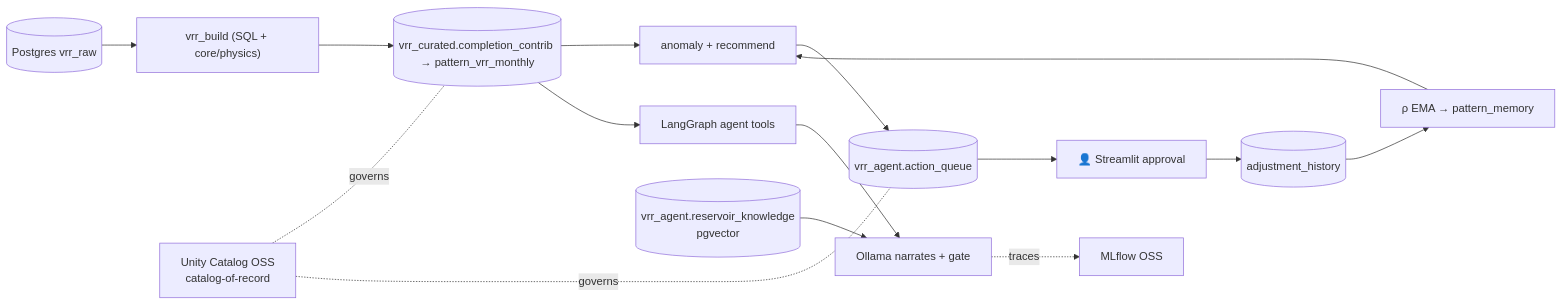
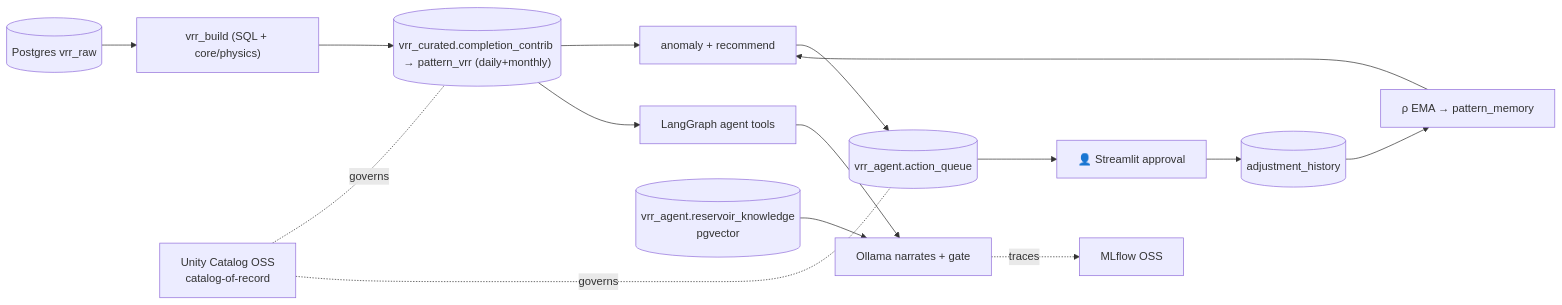
The first of 2 diagrams in docs/design.md (vamshi455/vrr-agent-open), drawn with Mermaid before and after one commit. The commit also changed other lines of this file and 15 other files, not shown here.

````diff
--- a/docs/design.md
+++ b/docs/design.md
@@ -61,12 +63,12 @@
 ```mermaid
 flowchart LR
     RAW[("Postgres vrr_raw")] --> BUILD["vrr_build (SQL + core/physics)"]
-    BUILD --> CUR[("vrr_curated.completion_contrib → pattern_vrr_monthly")]
+    BUILD --> CUR[("vrr_curated.completion_contrib → pattern_vrr (daily+monthly)")]
     CUR --> ANOM["anomaly + recommend"] --> Q[("vrr_agent.action_queue")]
     Q --> APP["👤 Streamlit approval"] --> AH[("adjustment_history")]
     AH --> LEARN["ρ EMA → pattern_memory"] --> ANOM
     CUR --> TOOLS["LangGraph agent tools"] --> LLM["Ollama narrates + gate"]
     KB[("vrr_agent.reservoir_knowledge<br/>pgvector")] --> LLM
     UC["Unity Catalog OSS<br/>catalog-of-record"] -. governs .- CUR & Q
     LLM -. traces .-> ML["MLflow OSS"]
 ```
````
